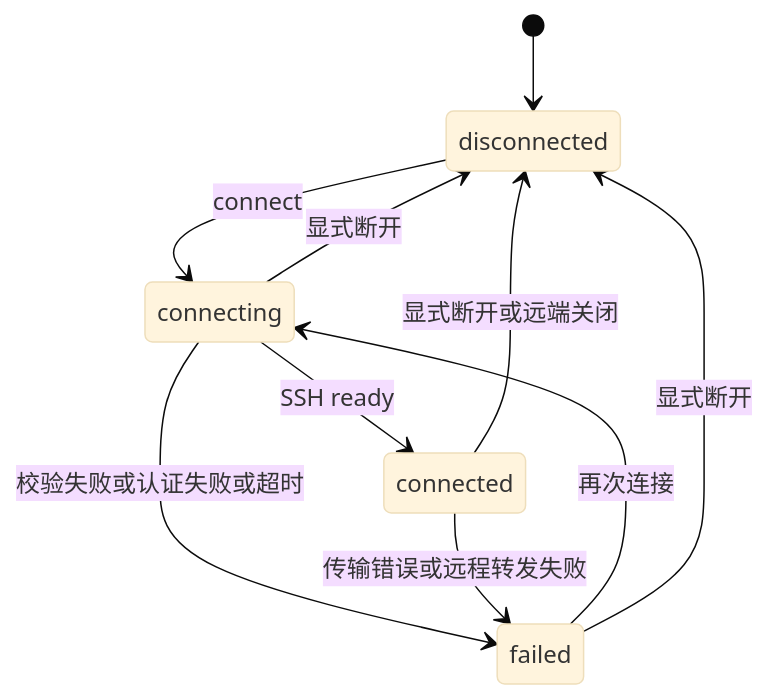
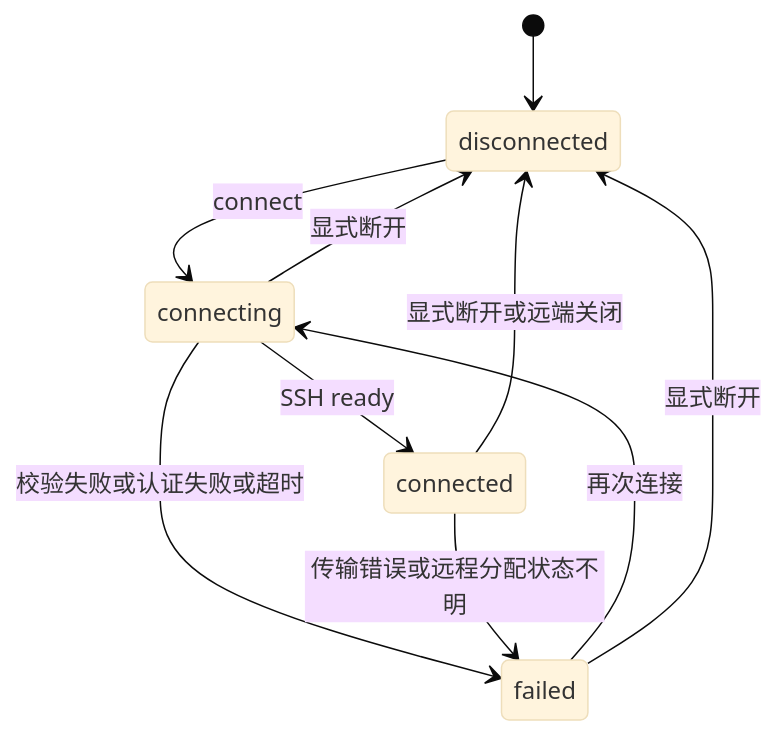
Before and after one commit to zhaoyi2018/magpie-remote: the fourth of 4 diagrams in docs/architecture.md, drawn with Mermaid (base theme). The commit also changed other lines of this file and 21 other files, not shown here.

````diff
--- a/docs/architecture.md
+++ b/docs/architecture.md
@@ -89,12 +94,12 @@
 ```mermaid
 stateDiagram-v2
   [*] --> disconnected
   disconnected --> connecting: connect
   connecting --> connected: SSH ready
   connecting --> failed: 校验失败或认证失败或超时
   connecting --> disconnected: 显式断开
-  connected --> failed: 传输错误或远程转发失败
+  connected --> failed: 传输错误或远程分配状态不明
   connected --> disconnected: 显式断开或远端关闭
   failed --> connecting: 再次连接
   failed --> disconnected: 显式断开
 ```
````
